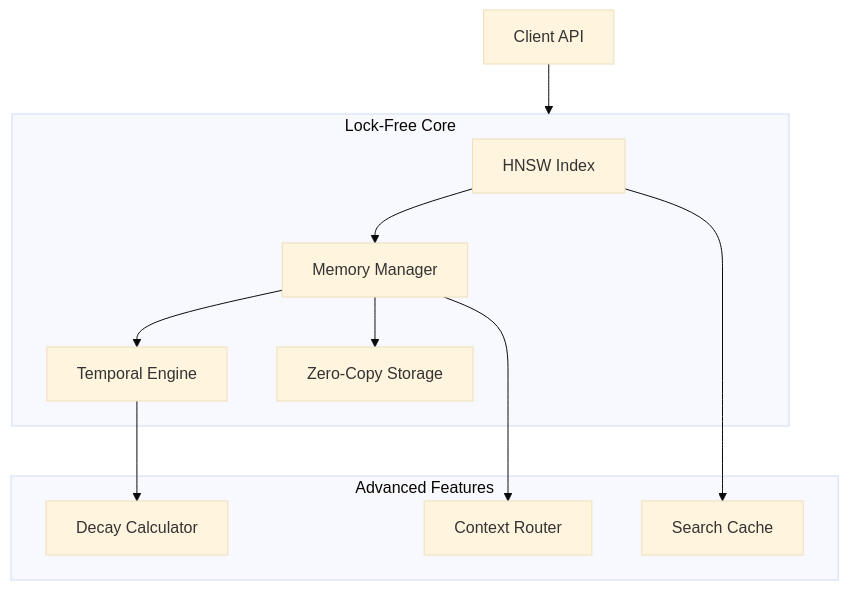
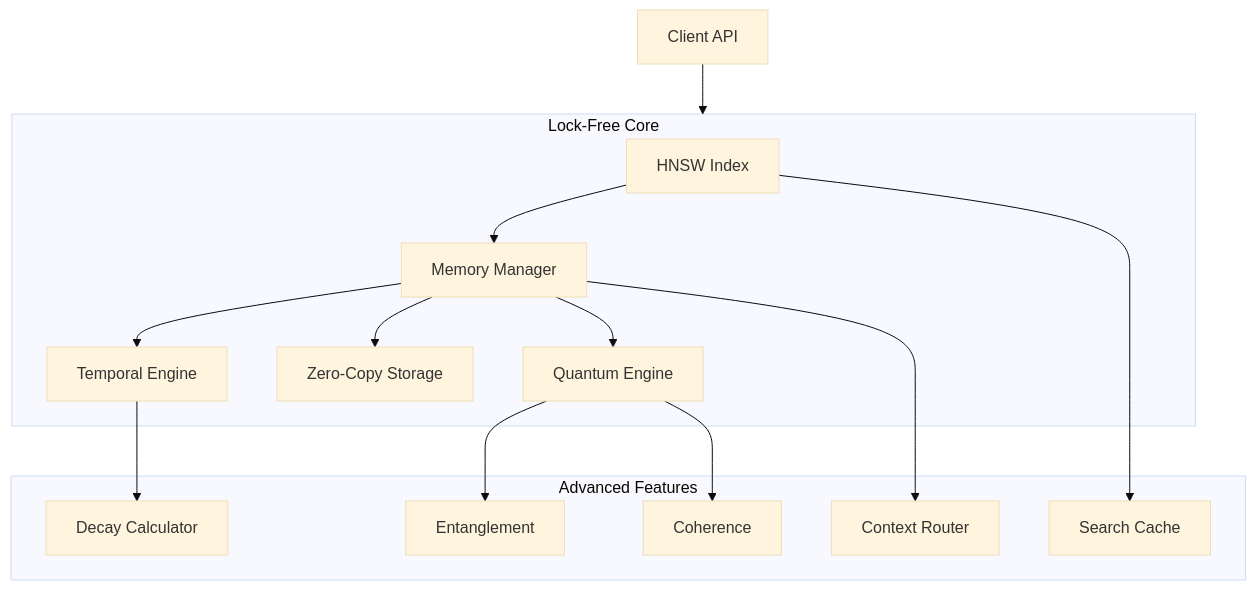
One commit to JtPerez-Acle/chrono-mind changed the second of 2 diagrams in README.md. Above: the diagram before and after it, drawn with Mermaid (base theme). The commit also changed other lines of this file and 16 other files, not shown here.

````diff
--- a/README.md
+++ b/README.md
@@ -85,16 +211,19 @@
 ```mermaid
 graph TB
     Client[Client API] --> Core[Core Engine]
     
     subgraph Core[Lock-Free Core]
         HNSW[HNSW Index] --> Memory[Memory Manager]
         Memory --> Temporal[Temporal Engine]
         Memory --> Storage[Zero-Copy Storage]
+        Memory --> Quantum[Quantum Engine]
     end
     
     subgraph Features[Advanced Features]
         Temporal --> Decay[Decay Calculator]
         Memory --> Context[Context Router]
         HNSW --> Cache[Search Cache]
+        Quantum --> Entangle[Entanglement]
+        Quantum --> Coherence[Coherence]
     end
 ```
````
